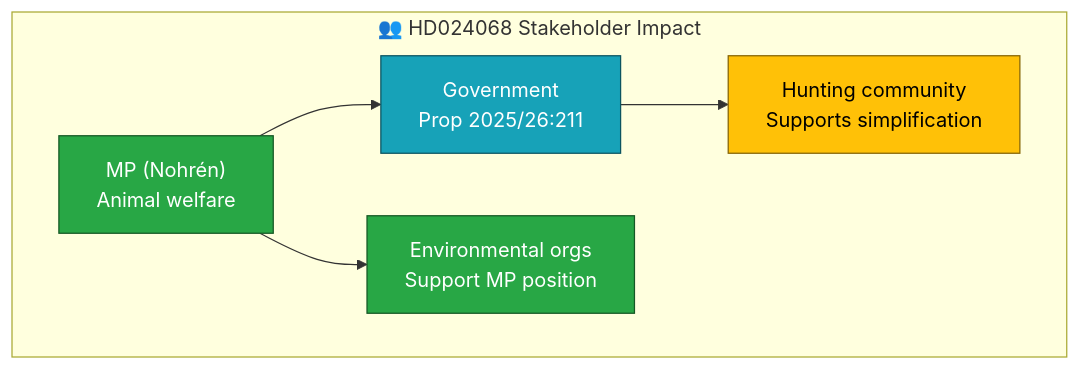
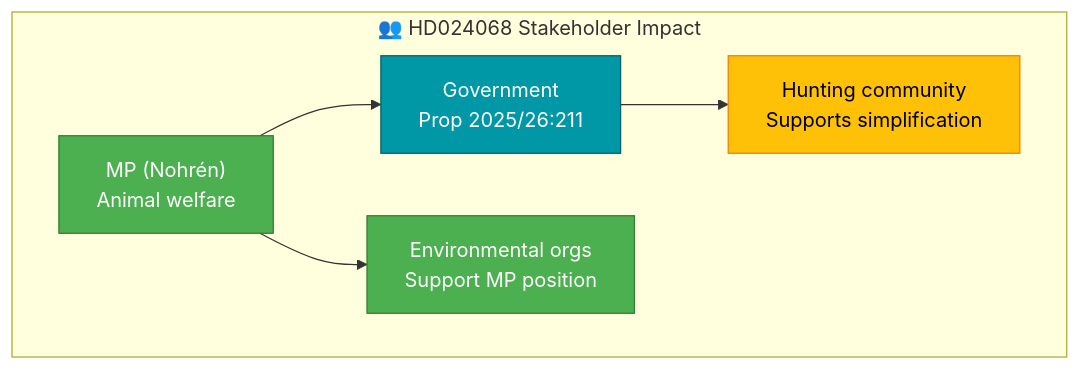
Before and after one commit to Hack23/riksdagsmonitor: the diagram in analysis/daily/2026-04-07/realtime-1411/documents/hd024068-analysis.md, drawn with Mermaid. The commit also changed 785 other files, not shown here.

First line of the commit message:
Normalize mermaid colors across 786 analysis artifacts to ISMS Style Guide palette

````diff
--- a/analysis/daily/2026-04-07/realtime-1411/documents/hd024068-analysis.md
+++ b/analysis/daily/2026-04-07/realtime-1411/documents/hd024068-analysis.md
@@ -34,16 +34,16 @@
 ```mermaid
 graph TD
     subgraph "👥 HD024068 Stakeholder Impact"
         MP["MP (Nohrén)<br>Animal welfare"]
         GOV["Government<br>Prop 2025/26:211"]
         HUNT["Hunting community<br>Supports simplification"]
         ENV["Environmental orgs<br>Support MP position"]
     end
     MP --> GOV
     GOV --> HUNT
     MP --> ENV
-    style MP fill:#28a745,stroke:#155724,color:#fff
-    style GOV fill:#17a2b8,stroke:#0c5460,color:#fff
-    style HUNT fill:#ffc107,stroke:#856404,color:#000
-    style ENV fill:#28a745,stroke:#155724,color:#fff
+    style MP fill:#4CAF50,stroke:#2E7D32,color:#FFFFFF
+    style GOV fill:#0097A7,stroke:#006064,color:#FFFFFF
+    style HUNT fill:#FFC107,stroke:#F57C00,color:#000000
+    style ENV fill:#4CAF50,stroke:#2E7D32,color:#FFFFFF
 ```
````
